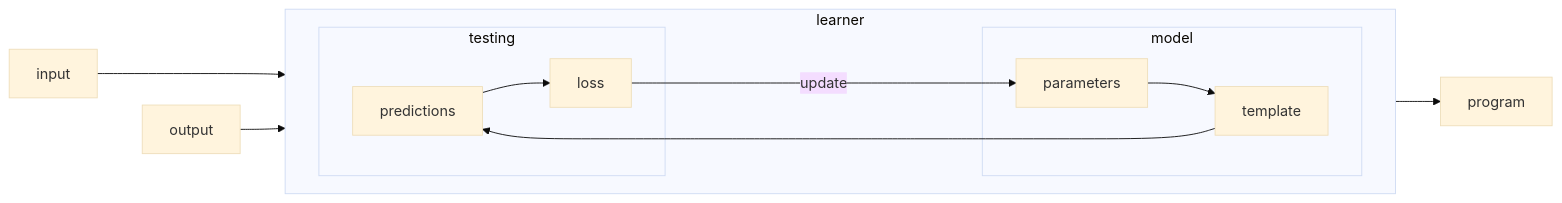
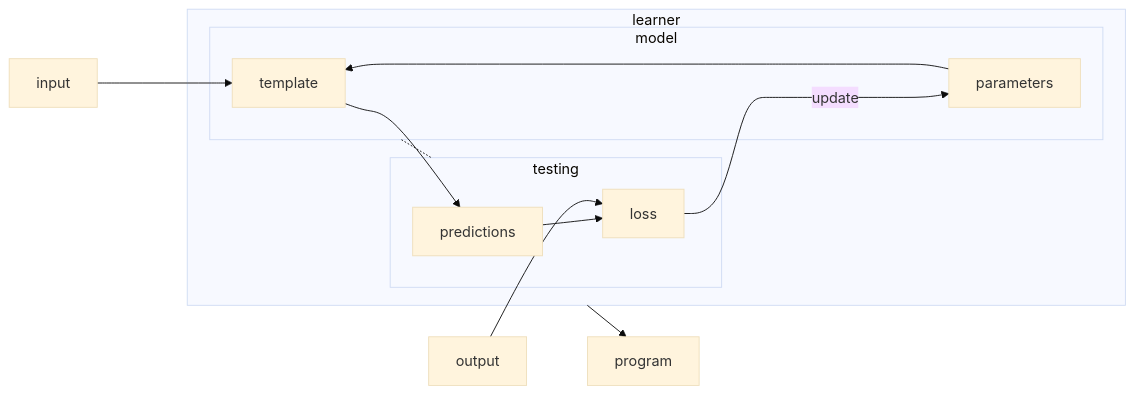
One commit to nicoladerric/nicoladerric.github.io changed the third of 3 diagrams in _posts/2023-08-16-rivoluzione.md. Above: the diagram before and after it, drawn with Mermaid (base theme).

````diff
--- a/_posts/2023-08-16-rivoluzione.md
+++ b/_posts/2023-08-16-rivoluzione.md
@@ -53,17 +53,17 @@
 ```mermaid
 flowchart LR;
     input ---> template;
     subgraph learner
-        direction LR
         subgraph model
         parameters --> template;
         end
+        model -.- testing;
         subgraph testing
         template --> predictions;
         predictions --> loss;
         loss -----> |update|parameters;
         end
     end
     output --> loss;
     learner --> program
 ```
````
